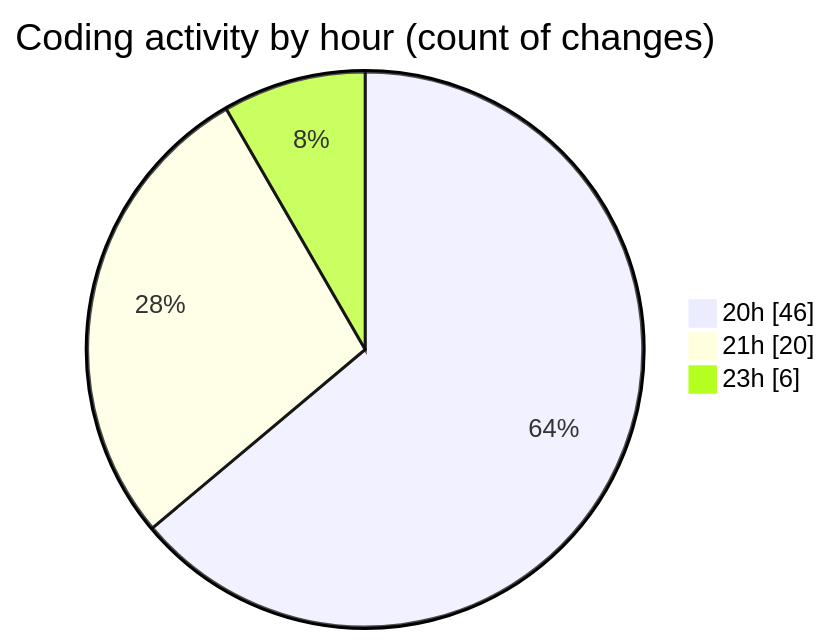
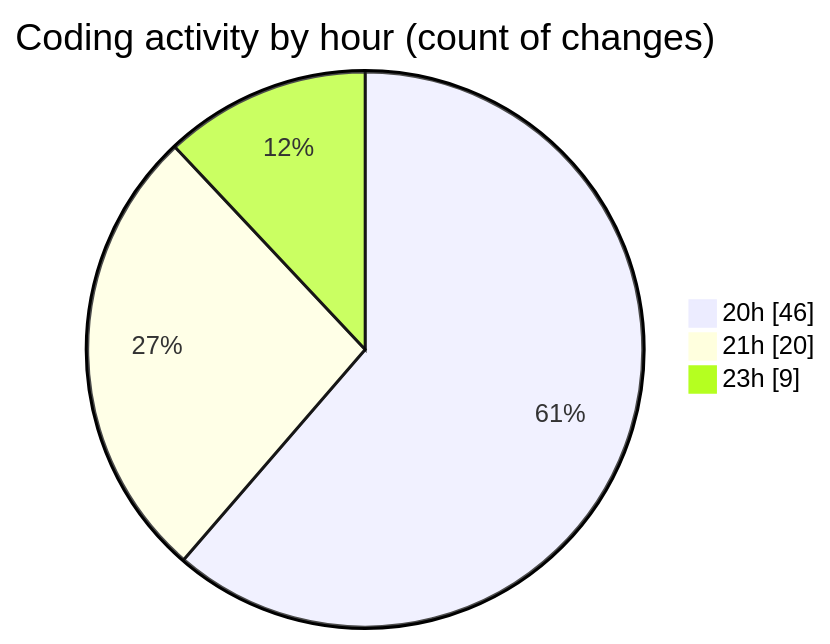
The second of 2 diagrams in 2025-07-19/mern-workoutboard/README.md (Ritupan-Deka/code-tracking), drawn with Mermaid before and after one commit. The commit also changed other lines of this file and 1 other file, not shown here.

````diff
--- a/2025-07-19/mern-workoutboard/README.md
+++ b/2025-07-19/mern-workoutboard/README.md
@@ -29,7 +31,7 @@
 ```mermaid
 pie showData
 title Coding activity by hour (count of changes)
 "20h" : 46
 "21h" : 20
-"23h" : 6
+"23h" : 9
 ```
````
